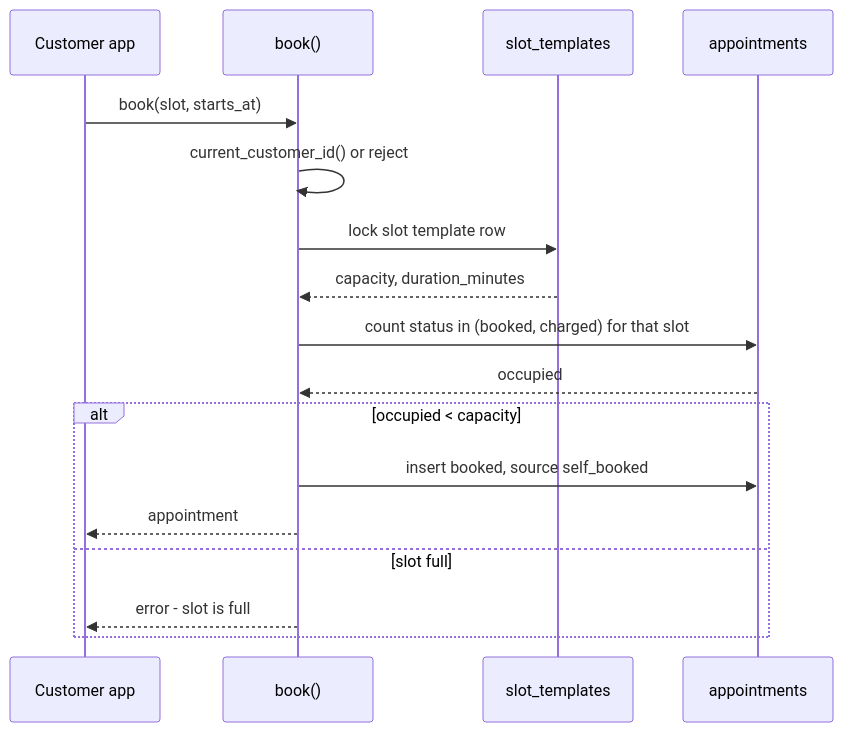
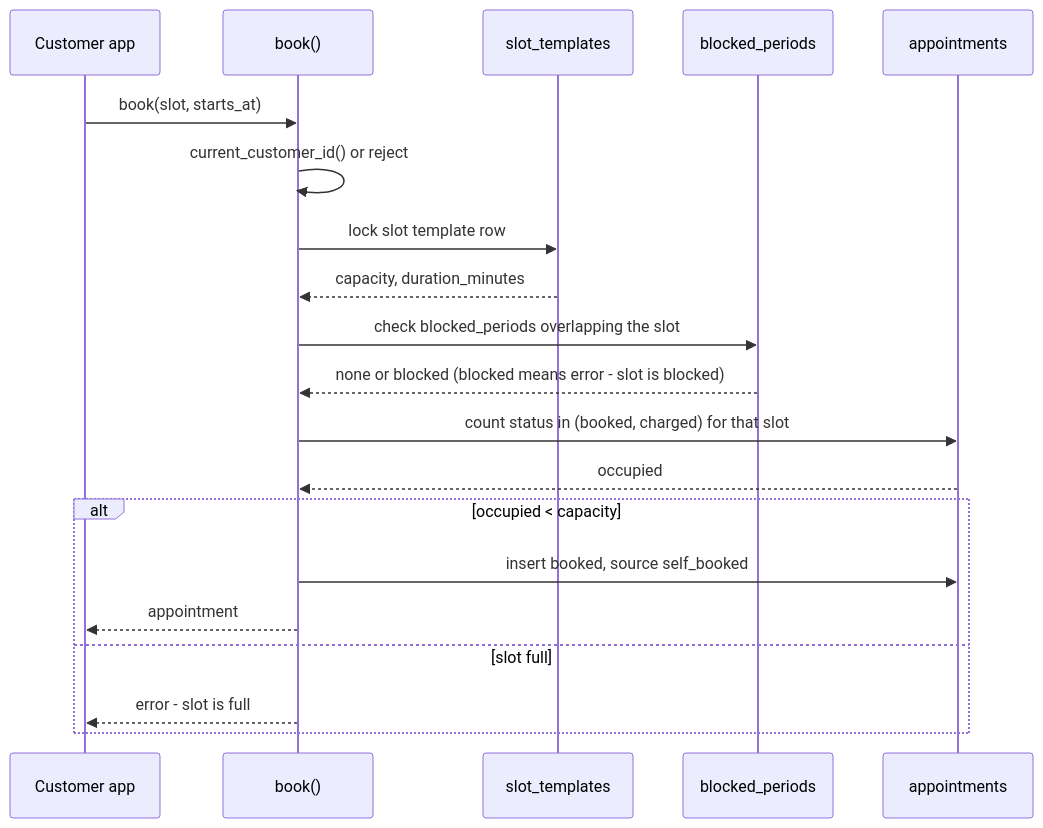
Before and after one commit to JasaGlazar/amrap: the diagram in docs/architecture/booking-sequence.md, drawn with Mermaid. The commit also changed 9 other files, not shown here.

````diff
--- a/docs/architecture/booking-sequence.md
+++ b/docs/architecture/booking-sequence.md
@@ -8,20 +8,23 @@
 ```mermaid
 sequenceDiagram
     participant C as Customer app
     participant B as book()
     participant S as slot_templates
+    participant BP as blocked_periods
     participant A as appointments
 
     C->>B: book(slot, starts_at)
     B->>B: current_customer_id() or reject
     B->>S: lock slot template row
     S-->>B: capacity, duration_minutes
+    B->>BP: check blocked_periods overlapping the slot
+    BP-->>B: none or blocked (blocked means error - slot is blocked)
     B->>A: count status in (booked, charged) for that slot
     A-->>B: occupied
     alt occupied < capacity
         B->>A: insert booked, source self_booked
         B-->>C: appointment
     else slot full
         B-->>C: error - slot is full
     end
 ```
````
